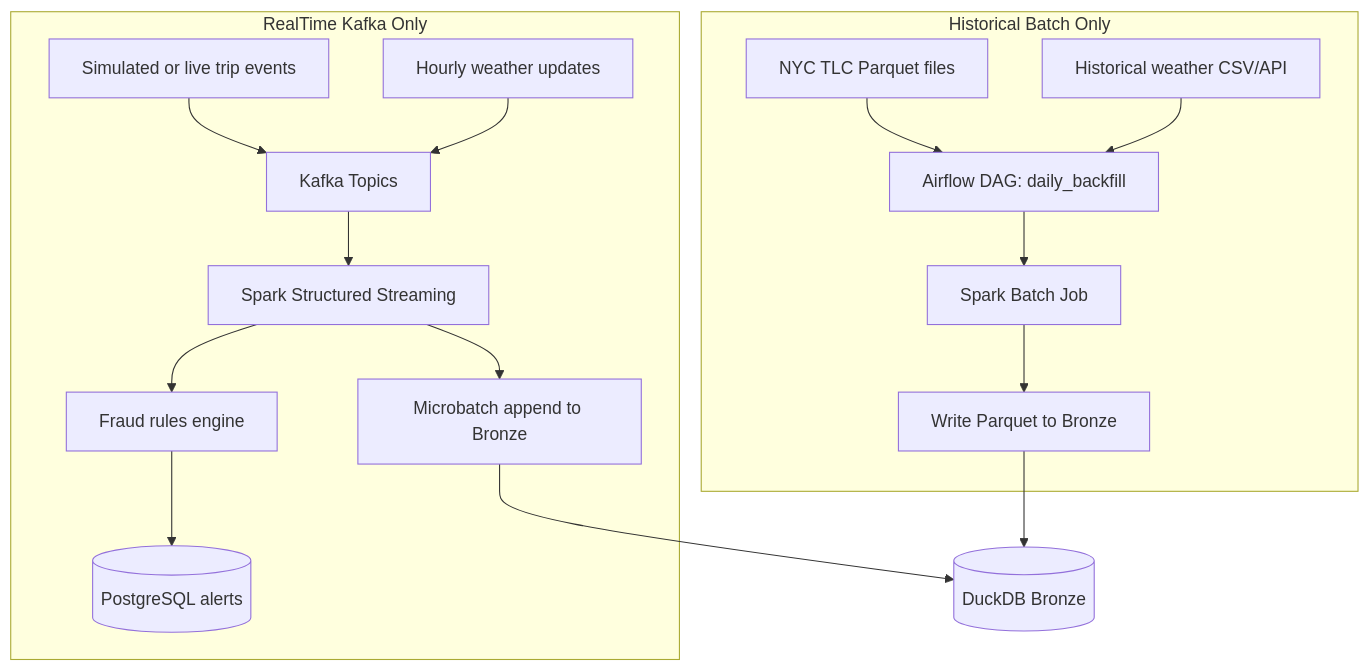
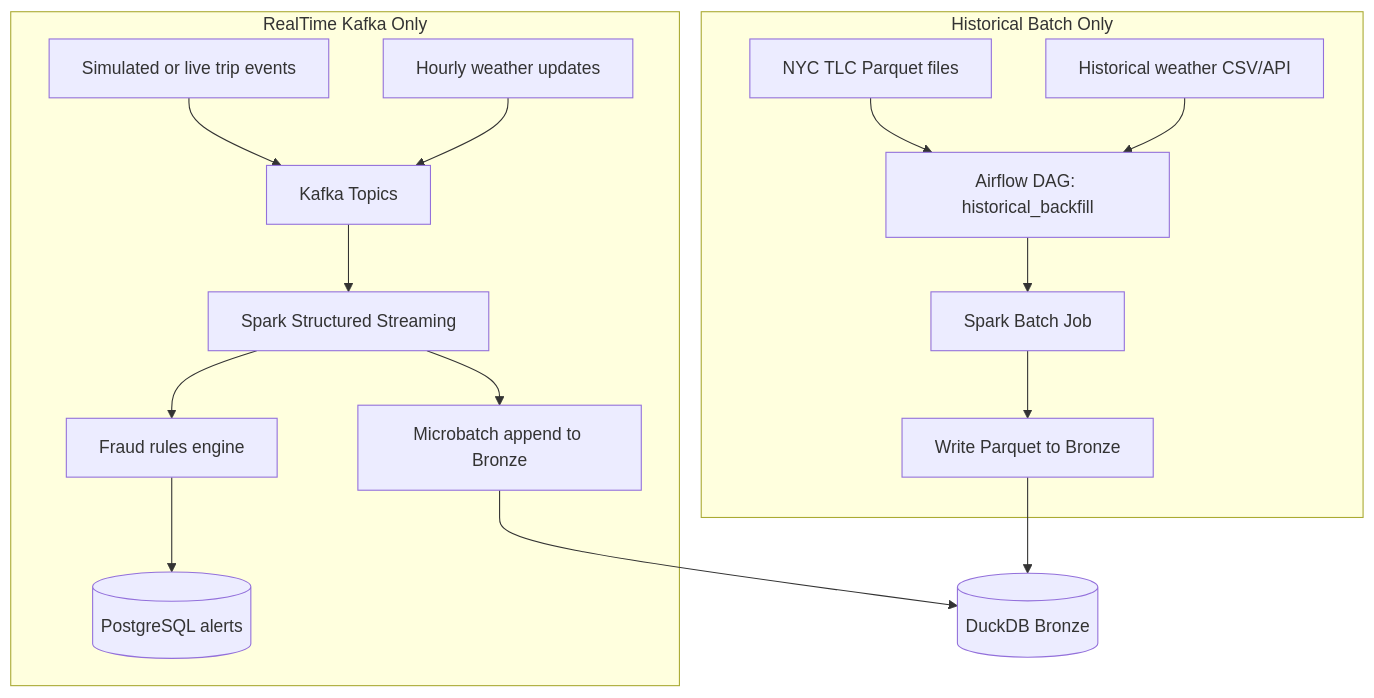
Before and after one commit to fatemetardasti96/taxi-data-platform: the second of 6 diagrams in docs/adr/001-taxi-data-platform-architecture.md, drawn with Mermaid. The commit also changed 4 other files, not shown here.

Commit message:
add ingestion diagram

````diff
--- a/docs/adr/001-taxi-data-platform-architecture.md
+++ b/docs/adr/001-taxi-data-platform-architecture.md
@@ -111,25 +111,25 @@
 ```mermaid
 flowchart TB
     subgraph historical [Historical Batch Only]
         H1[NYC TLC Parquet files]
         H2[Historical weather CSV/API]
-        H1 --> AF[Airflow DAG: daily_backfill]
+        H1 --> AF[Airflow DAG: historical_backfill]
         H2 --> AF
         AF --> BS[Spark Batch Job]
         BS --> B1[Write Parquet to Bronze]
     end
 
     subgraph realtime [RealTime Kafka Only]
         R1[Simulated or live trip events]
         R2[Hourly weather updates]
         R1 --> K[Kafka Topics]
         R2 --> K
         K --> SS[Spark Structured Streaming]
         SS --> B2[Microbatch append to Bronze]
         SS --> FD[Fraud rules engine]
         FD --> PG[(PostgreSQL alerts)]
     end
 
     B1 --> BRONZE[(DuckDB Bronze)]
     B2 --> BRONZE
 ```
````
